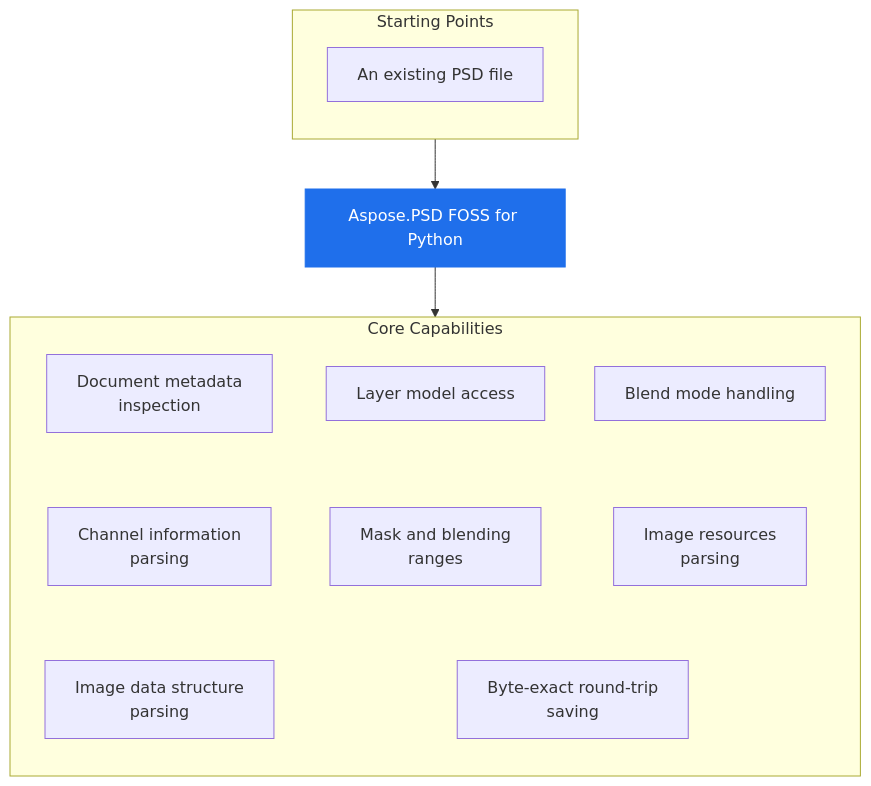
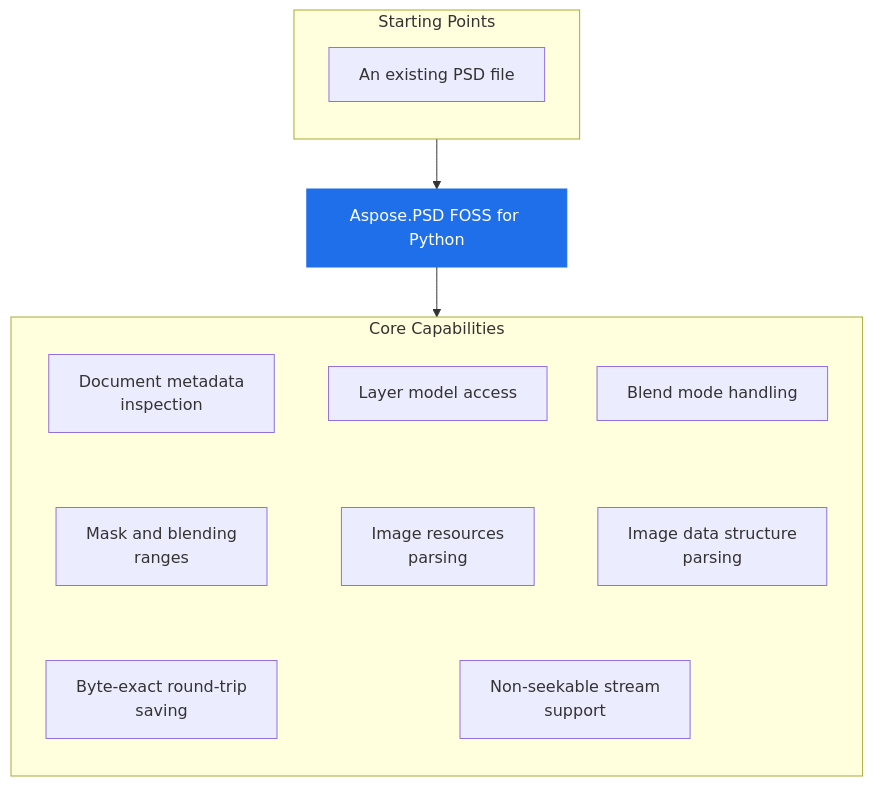
The diagram in 2271c228d991bcd79048bb61773bcbcb415399c6/README.md (babar-raza/repo-presenter), drawn with Mermaid before and after one commit. The commit also changed other lines of this file and 10 other files, not shown here.

````diff
--- a/2271c228d991bcd79048bb61773bcbcb415399c6/README.md
+++ b/2271c228d991bcd79048bb61773bcbcb415399c6/README.md
@@ -26,28 +27,28 @@
 ```mermaid
 flowchart TB
   subgraph StartingPoints["Starting Points"]
     direction TB
     i1["An existing PSD file"]
   end
   PRODUCT["Aspose.PSD FOSS for Python"]
   subgraph Capabilities["Core Capabilities"]
     direction TB
     c1["Document metadata<br/>inspection"]
     c2["Layer model access"]
     c3["Blend mode handling"]
-    c4["Channel information<br/>parsing"]
-    c5["Mask and blending<br/>ranges"]
-    c6["Image resources<br/>parsing"]
-    c7["Image data structure<br/>parsing"]
-    c8["Byte-exact round-trip<br/>saving"]
+    c4["Mask and blending<br/>ranges"]
+    c5["Image resources<br/>parsing"]
+    c6["Image data structure<br/>parsing"]
+    c7["Byte-exact round-trip<br/>saving"]
+    c8["Non-seekable stream<br/>support"]
     c1 ~~~ c4
     c2 ~~~ c5
     c3 ~~~ c6
     c4 ~~~ c7
     c5 ~~~ c8
     c6 ~~~ c8
   end
   StartingPoints --> PRODUCT --> Capabilities
   classDef product fill:#1f6feb,stroke:#1f6feb,color:#ffffff
   class PRODUCT product
 ```
````
